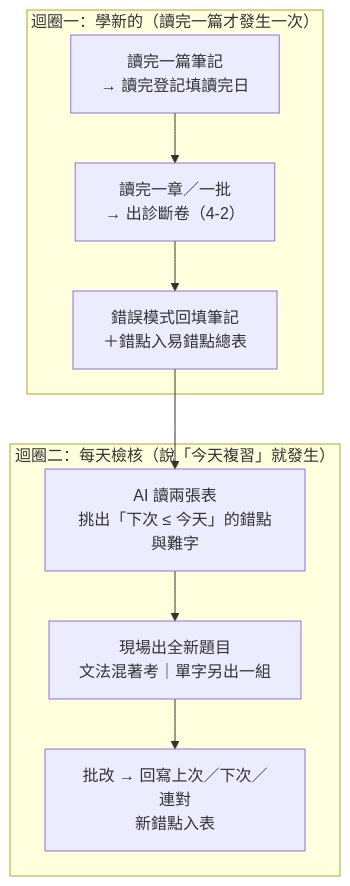
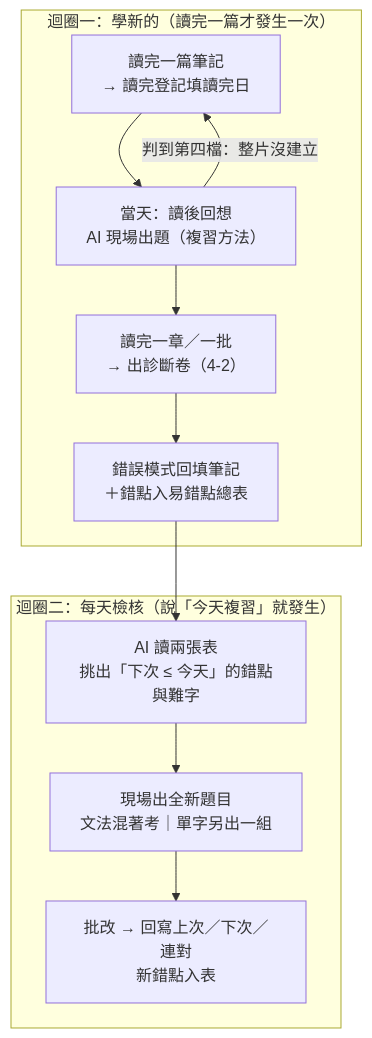
One commit to aquariusCCA/english-learning-system changed the first of 2 diagrams in 00 使用說明與範本/使用說明.md. Above: the diagram before and after it, drawn with Mermaid. The commit also changed other lines of this file and 2 other files, not shown here.

Commit message:
docs(規則): 讀完當天的檢查改用 AI 現場出產出題，取代自述骨架的 teach-back
依據（2026-08-06 讀完 03-01 各種時式的被動語態當天實測）：舊形式會放人過。
說明題前半「換時式時哪部分變、哪部分不變」答對——自述骨架這一關穩穩通過；
同一批六個轉換題全倒，been/being 一個都沒出現，三個結構公式整段空白。
講得出原則 != 組得出結構，是原則 3 那種假會換了個位置出現。

複習方法（給人看）
- 「章節層的 teach-back」改寫成「讀完當天的檢查」：讀完說一聲 → AI 現場
  出題 → 作答；結果只回到「卡住的段落當場翻回去補」，不入表。
- 例外寫明：判到第四檔 → 退回重讀 + 重讀後的專項題，過了才往下讀。
- 自述骨架降級為暖身，不能單獨當驗收；整章 teach-back 保留，時機縮到
  「某章在役錯點暴增時」。分工表由三種擴成四種。

出題與批改判準（給 AI）
- 新增「讀後回想的出題流程」六步，與每日檢核並列，共用用字規則與四檔判準。
- 題目怎麼組：產出題為主（改錯題會把結構遞給使用者）、寫公式那題擺最後
  （擺前面等於讓他照抄）、例句全部現生、要求標出判斷依據以分辨「判斷錯」
  與「判斷對了組不出來」。
- 寫明範圍洩題在此可接受：它傷驗收（診斷卷結果要入表跑間隔），不傷檢查。
- 依據摺疊區記下當天的完整數據與「重讀二十分鐘後專項九題錯一題」的對照。

使用說明
- 4-0 全景圖補上「當天：讀後回想」節點與第四檔的退回重讀回邊。
- 正典地圖那一列的描述跟著改名。

````diff
--- a/00 使用說明與範本/使用說明.md
+++ b/00 使用說明與範本/使用說明.md
@@ -134,12 +134,14 @@
 ```mermaid
 flowchart TB
     subgraph L1["迴圈一：學新的（讀完一篇才發生一次）"]
-        A["讀完一篇筆記<br>→ 讀完登記填讀完日"] --> B["讀完一章／一批<br>→ 出診斷卷（4-2）"]
+        A["讀完一篇筆記<br>→ 讀完登記填讀完日"] --> A2["當天：讀後回想<br>AI 現場出題（複習方法）"]
+        A2 -->|"判到第四檔：整片沒建立"| A
+        A2 --> B["讀完一章／一批<br>→ 出診斷卷（4-2）"]
         B --> C["錯誤模式回填筆記<br>＋錯點入易錯點總表"]
     end
     subgraph L2["迴圈二：每天檢核（說「今天複習」就發生）"]
         D["AI 讀兩張表<br>挑出「下次 ≤ 今天」的錯點與難字"] --> E["現場出全新題目<br>文法混著考｜單字另出一組"]
         E --> F["批改 → 回寫上次／下次／連對<br>新錯點入表"]
     end
     C --> D
 ```
````
